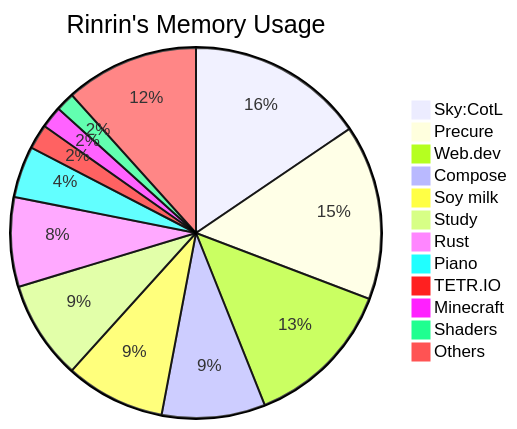
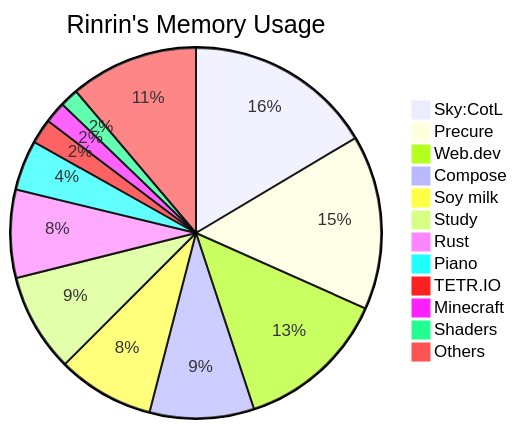
The diagram in README.md (Rinrin0413/Rinrin0413), drawn with Mermaid before and after one commit.

Commit message:
🛠 Update: Rinrin's Memory Usage

````diff
--- a/README.md
+++ b/README.md
@@ -76,15 +76,15 @@
 ```mermaid
 pie title Rinrin's Memory Usage
-    "Sky:CotL": 536
-    "Precure": 528
-    "Web.dev": 455
-    "Compose": 312
-    "Soy milk": 301
-    "Study": 298
+    "Sky:CotL": 578
+    "Precure": 535
+    "Web.dev": 466
+    "Compose": 320
+    "Soy milk": 297
+    "Study": 302
     "Rust": 270
-    "Piano": 155
-    "TETR.IO": 75
+    "Piano": 154
+    "TETR.IO": 76
     "Minecraft": 66
     "Shaders": 57
-    "Others": 403
+    "Others": 393
 ```
````
